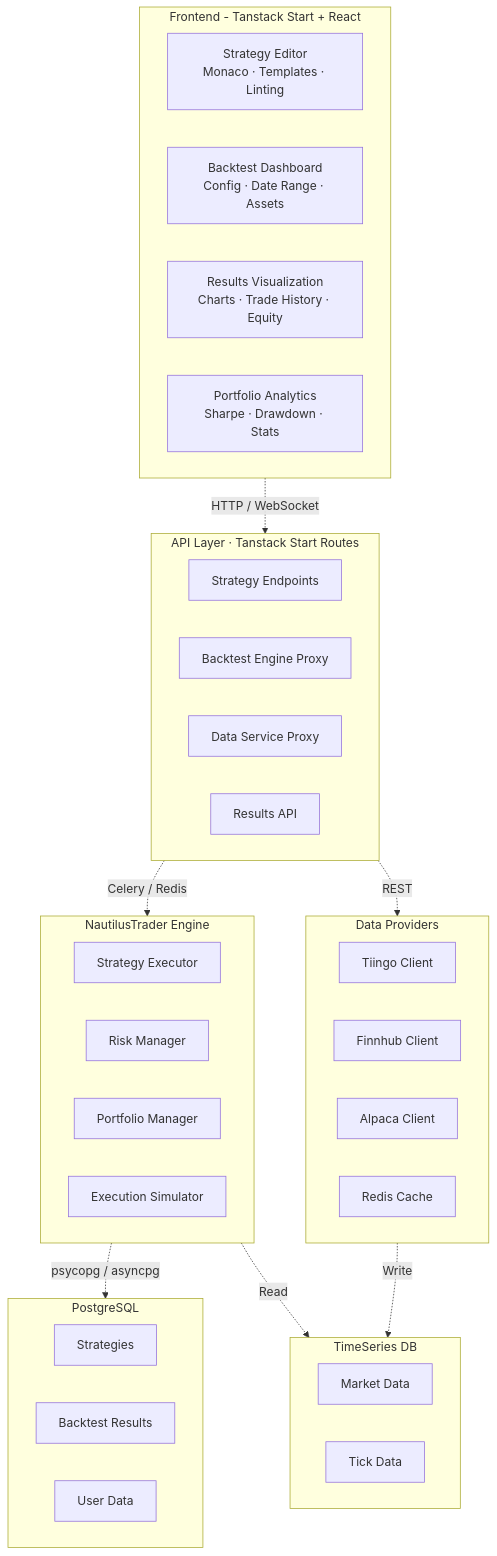
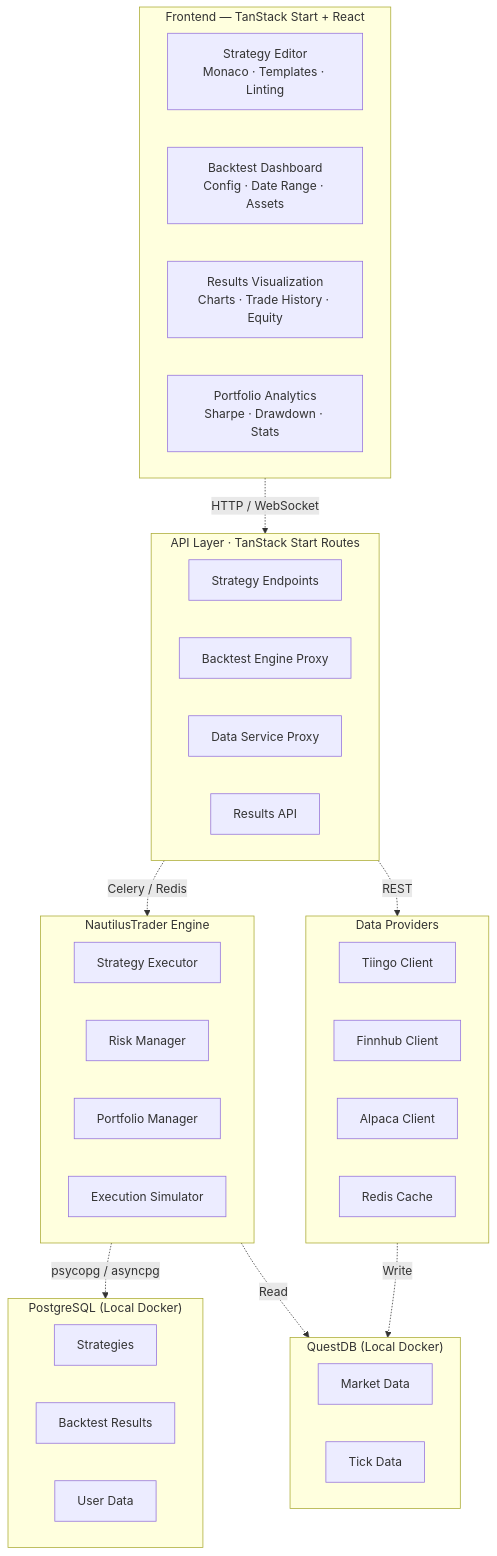
The first of 9 diagrams in system_design.md (huydhoang/quantlens-docs), drawn with Mermaid before and after one commit. The commit also changed other lines of this file and 5 other files, not shown here.

Commit message:
docs: update to local-first architecture with QuestDB, Docker Compose, and Neon platform

````diff
--- a/system_design.md
+++ b/system_design.md
@@ -3,54 +7,54 @@
 ```mermaid
 flowchart TD
-    subgraph Frontend["Frontend - Tanstack Start + React"]
+    subgraph Frontend["Frontend — TanStack Start + React"]
         direction LR
         B["Strategy Editor<br/>Monaco · Templates · Linting"]
         C["Backtest Dashboard<br/>Config · Date Range · Assets"]
         D["Results Visualization<br/>Charts · Trade History · Equity"]
         E["Portfolio Analytics<br/>Sharpe · Drawdown · Stats"]
     end
 
-    subgraph API["API Layer · Tanstack Start Routes"]
+    subgraph API["API Layer · TanStack Start Routes"]
         direction LR
         G[Strategy Endpoints]
         H[Backtest Engine Proxy]
         I[Data Service Proxy]
         J[Results API]
     end
 
     subgraph Nautilus["NautilusTrader Engine"]
         direction LR
         K1[Strategy Executor]
         K2[Risk Manager]
         K3[Portfolio Manager]
         K4[Execution Simulator]
     end
 
     subgraph DataProv["Data Providers"]
         direction LR
         L0[Tiingo Client]
         L1[Finnhub Client]
         L2[Alpaca Client]
         L3[Redis Cache]
     end
 
-    subgraph PG["PostgreSQL"]
+    subgraph PG["PostgreSQL (Local Docker)"]
         direction LR
         M1[Strategies]
         M2[Backtest Results]
         M3[User Data]
     end
 
-    subgraph TSDB["TimeSeries DB"]
+    subgraph TSDB["QuestDB (Local Docker)"]
         direction LR
         N1[Market Data]
         N2[Tick Data]
     end
 
     Frontend -.->|HTTP / WebSocket| API
     API -.->|Celery / Redis| Nautilus
     API -.->|REST| DataProv
     Nautilus -.->|psycopg / asyncpg| PG
     DataProv -.->|Write| TSDB
     Nautilus -.->|Read| TSDB
 ```
````
